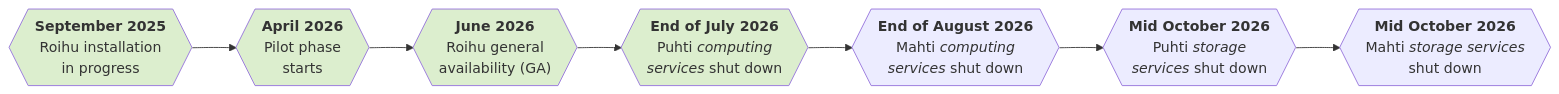
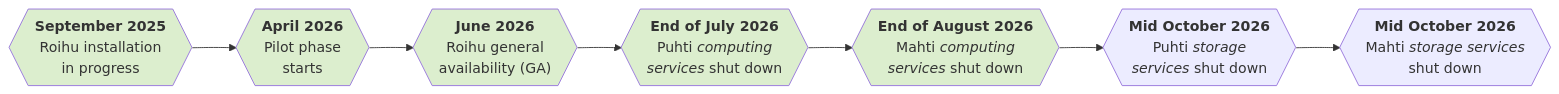
Before and after one commit to CSCfi/csc-user-guide: the diagram in docs/computing/systems-roihu.md, drawn with Mermaid. The commit also changed other lines of this file and 4 other files, not shown here.

````diff
--- a/docs/computing/systems-roihu.md
+++ b/docs/computing/systems-roihu.md
@@ -13,28 +13,29 @@
 ```mermaid
 graph LR;
     A{{"<b>September 2025</b>
         Roihu installation
         in progress"}} --> B;
     B{{"<b>April 2026</b>
         Pilot phase
         starts"}} --> C;
     C{{"<b>June 2026</b>
         Roihu general
         availability (GA)"}} --> D;
     D{{"<b>End of July 2026</b>
         Puhti <i>computing
         services</i> shut down"}} --> E;
     E{{"<b>End of August 2026</b>
         Mahti <i>computing
         services</i> shut down"}} --> F;
     F{{"<b>Mid October 2026</b>
         Puhti <i>storage
         services</i> shut down"}} --> G;
     G{{"<b>Mid October 2026</b>
         Mahti <i>storage services</i>
         shut down"}}
     style A fill:#dceeceff;
     style B fill:#dceeceff;
     style C fill:#dceeceff;
     style D fill:#dceeceff;
+    style E fill:#dceeceff;
 ```
````
